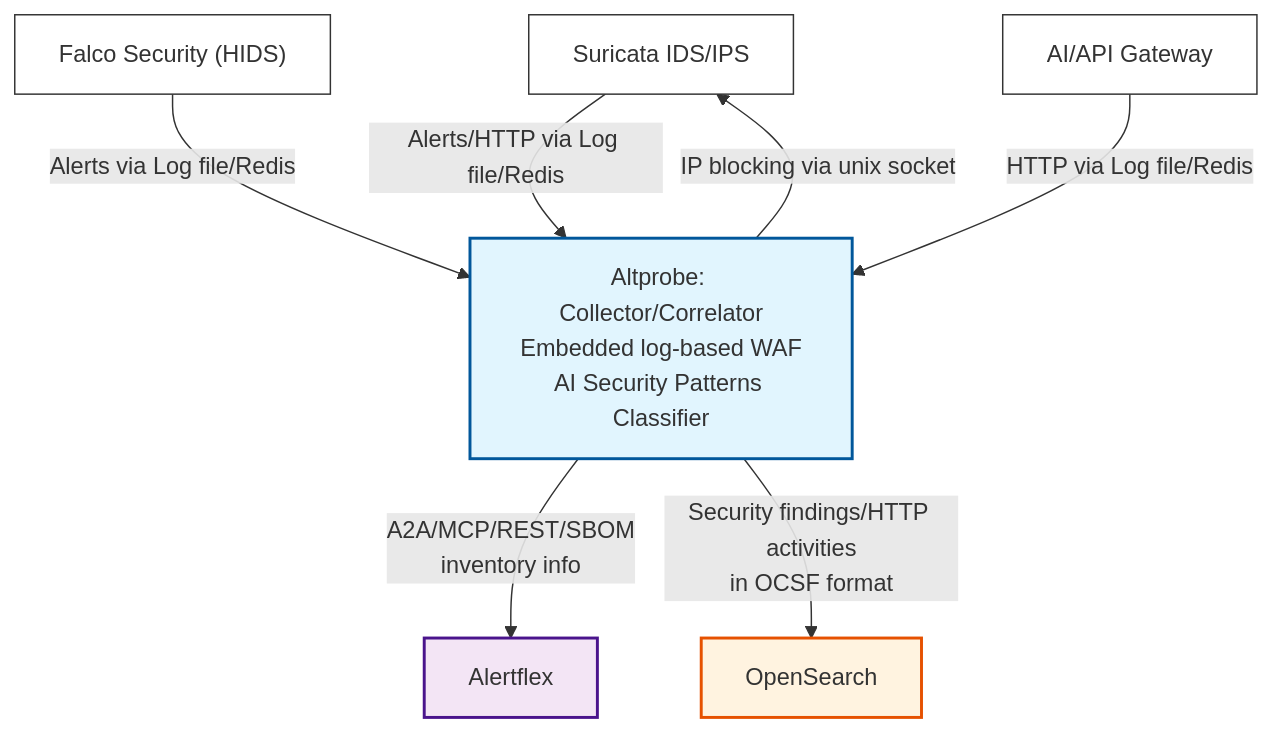
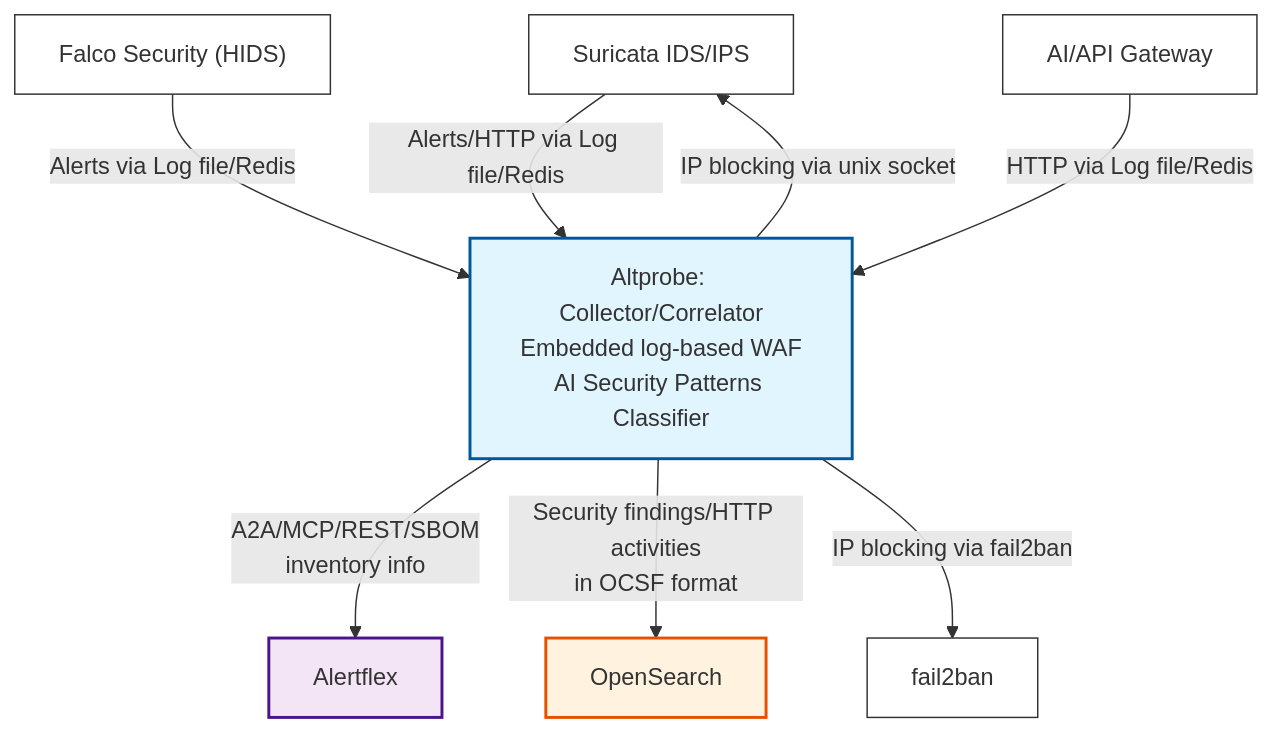
One commit to olegzhr/altprobe changed the diagram in README.md. Above: the diagram before and after it, drawn with Mermaid. The commit also changed other lines of this file and 165 other files, not shown here.

````diff
--- a/README.md
+++ b/README.md
@@ -25,18 +27,20 @@
 ```mermaid
 flowchart TD
     NIDS["Suricata IDS/IPS"] -->|Alerts/HTTP via Log file/Redis| Altprobe
     HIDS["Falco Security (HIDS)"] -->|Alerts via Log file/Redis| Altprobe
     Proxy["AI/API Gateway"] -->|HTTP via Log file/Redis| Altprobe
 
     Altprobe["Altprobe: Collector/Correlator<br/>Embedded log-based WAF<br/>AI Security Patterns Classifier"] -->|A2A/MCP/REST/SBOM<br/> inventory info| Alertflex[Alertflex]
     Altprobe -->|Security findings/HTTP activities<br/>in OCSF format| OpenSearch[OpenSearch]
 
     Altprobe -->|IP blocking via unix socket| NIDS
+    Altprobe -->|IP blocking via fail2ban| Fail2ban["fail2ban"]
 
     style NIDS fill:#ffffff,stroke:#333,stroke-width:1px
     style HIDS fill:#ffffff,stroke:#333,stroke-width:1px
     style Proxy fill:#ffffff,stroke:#333,stroke-width:1px
     style Altprobe fill:#e1f5fe,stroke:#01579b,stroke-width:2px
     style Alertflex fill:#f3e5f5,stroke:#4a148c,stroke-width:2px
     style OpenSearch fill:#fff3e0,stroke:#e65100,stroke-width:2px
+    style Fail2ban fill:#ffffff,stroke:#333,stroke-width:1px
 ```
````
